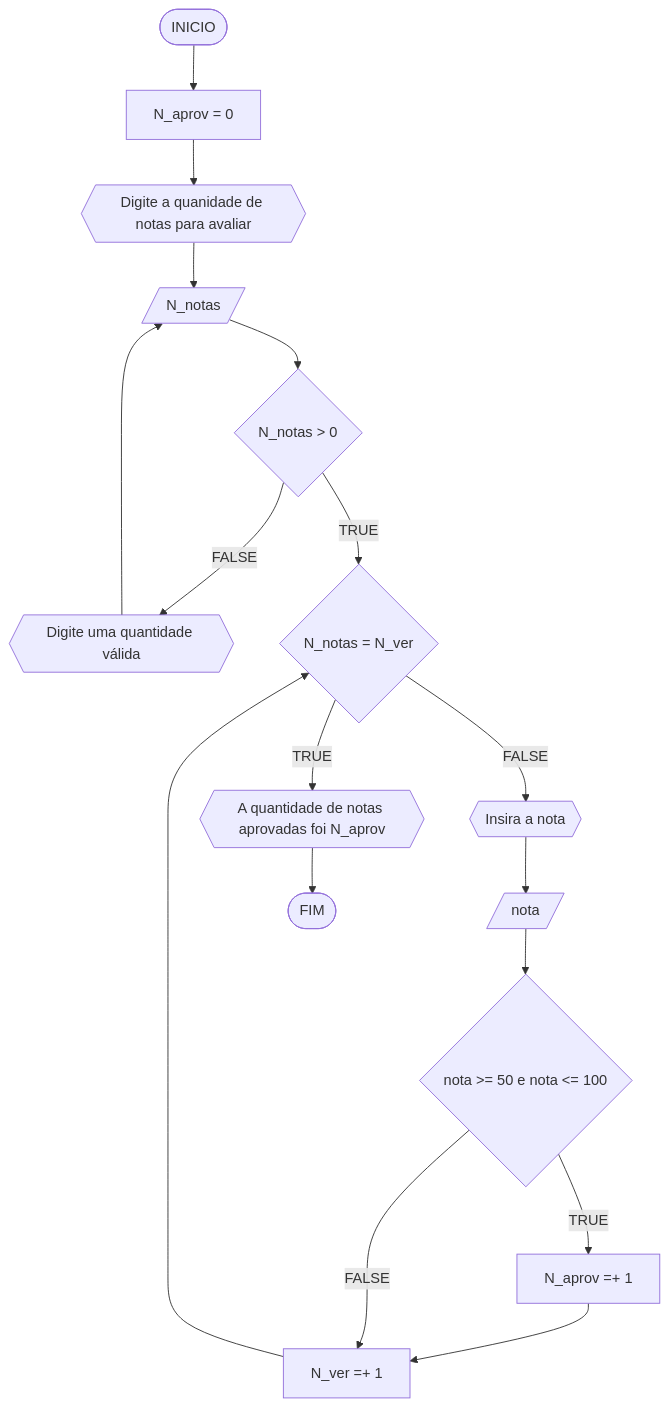
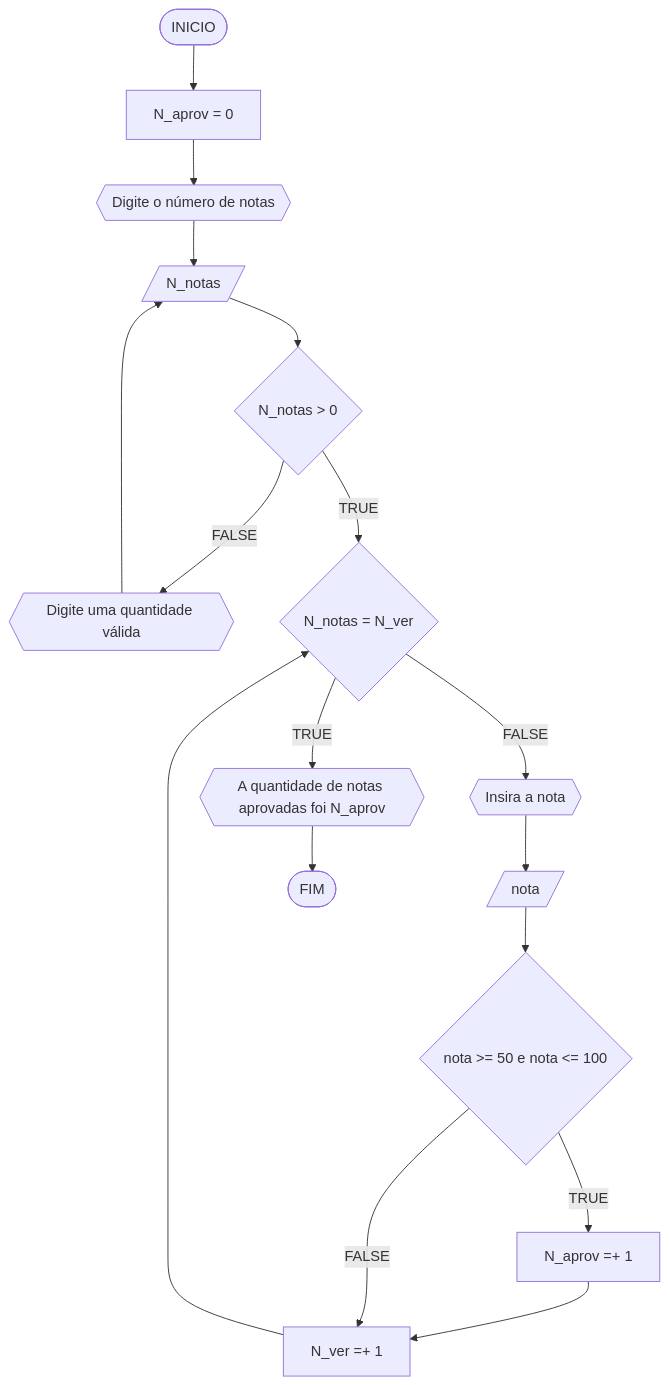
Before and after one commit to Kremmydi/unifor: the second of 7 diagrams in RLA/Unidade1/ResoluçãoAD1.md, drawn with Mermaid.

````diff
--- a/RLA/Unidade1/ResoluçãoAD1.md
+++ b/RLA/Unidade1/ResoluçãoAD1.md
@@ -43,20 +43,20 @@
 ```mermaid
 flowchart TD
 A([INICIO])
 A --> C[N_aprov = 0]
-C --> D{{Digite a quanidade de notas para avaliar}}
+C --> D{{Digite o número de notas}}
 D --> E[/N_notas/]
 E --> F{N_notas > 0}
 F --FALSE--> G{{Digite uma quantidade válida}}
 G --> E
 F --TRUE--> H{N_notas = N_ver}
 H --TRUE--> I{{A quantidade de notas aprovadas foi N_aprov}}
 H --FALSE--> J{{Insira a nota}}
 J --> K[/nota/]
 K --> L{nota >= 50 e nota <= 100}
 L --TRUE--> M[N_aprov =+ 1]
 M --> N[N_ver =+ 1]
 L --FALSE--> N
 N --> H
 I --> Z([FIM])
 ```
````
